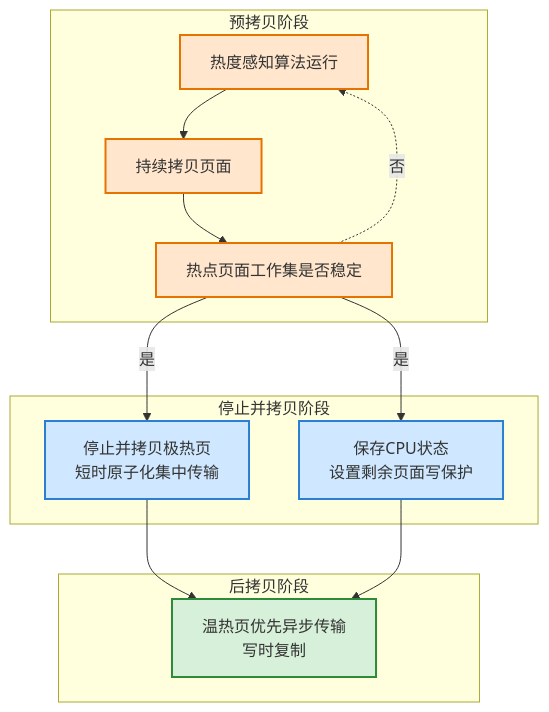
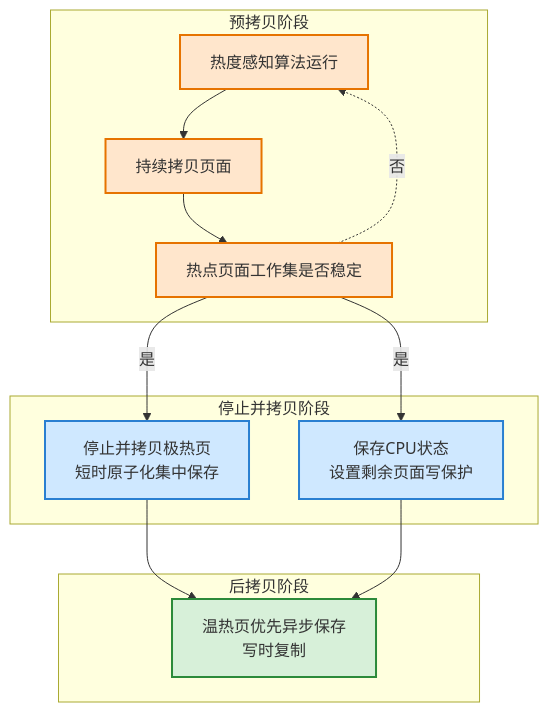
The diagram in figures/hotcopy.mmd (Soul-of-Sky/lunwen), drawn with Mermaid before and after one commit. The commit also changed 19 other files, not shown here.

```diff
--- a/figures/hotcopy.mmd
+++ b/figures/hotcopy.mmd
@@ -1,33 +1,33 @@
 ---
 config:
   layout: dagre
 ---
 flowchart TB
  subgraph s1["预拷贝阶段"]
         A1["热度感知算法运行"]
         A2["持续拷贝页面"]
         A3["热点页面工作集是否稳定"]
   end
  subgraph s2["停止并拷贝阶段"]
-        B4["停止并拷贝极热页<br>短时原子化集中传输"]
+        B4["停止并拷贝极热页<br>短时原子化集中保存"]
         B5["保存CPU状态<br>设置剩余页面写保护"]
   end
  subgraph s3["后拷贝阶段"]
-        C6["温热页优先异步传输<br>写时复制"]
+        C6["温热页优先异步保存<br>写时复制"]
   end
     A1 --> A2
     A2 --> A3
     A3 -. 否 .-> A1
     A3 -- 是 --> B4 & B5
     B4 --> C6
     B5 --> C6
 
      A1:::pre_copy
      A2:::pre_copy
      A3:::pre_copy
      B4:::stop_copy
      B5:::stop_copy
      C6:::post_copy
     classDef pre_copy fill:#ffe6cc,stroke:#e67300,stroke-width:2px
     classDef stop_copy fill:#cfe8ff,stroke:#2a7fd1,stroke-width:2px
     classDef post_copy fill:#d7f0d9,stroke:#2c8a3a,stroke-width:2px
```
